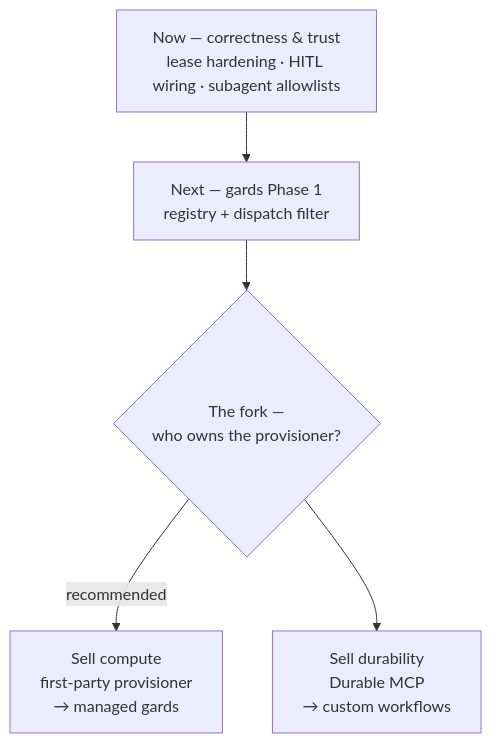
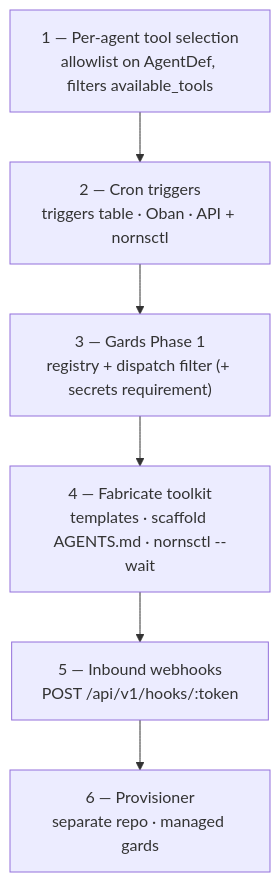
Before and after one commit to amackera/norns: the diagram in docs/roadmap.md, drawn with Mermaid. The commit also changed other lines of this file and 9 other files, not shown here.

First line of the commit message:
Adopt compose-first agent-builder direction in docs

````diff
--- a/docs/roadmap.md
+++ b/docs/roadmap.md
@@ -26,11 +44,10 @@
 ```mermaid
 flowchart TB
-    A["Now — correctness &amp; trust<br/>lease hardening · HITL wiring · subagent allowlists"]
-    B["Next — gards Phase 1<br/>registry + dispatch filter"]
-    F{"The fork —<br/>who owns the provisioner?"}
-    C["Sell compute<br/>first-party provisioner<br/>→ managed gards"]
-    D["Sell durability<br/>Durable MCP<br/>→ custom workflows"]
-    A --> B --> F
-    F -->|recommended| C
-    F --> D
+    A["1 — Per-agent tool selection<br/>allowlist on AgentDef, filters available_tools"]
+    B["2 — Cron triggers<br/>triggers table · Oban · API + nornsctl"]
+    C["3 — Gards Phase 1<br/>registry + dispatch filter (+ secrets requirement)"]
+    D["4 — Fabricate toolkit<br/>templates · scaffold AGENTS.md · nornsctl --wait"]
+    E["5 — Inbound webhooks<br/>POST /api/v1/hooks/:token"]
+    F["6 — Provisioner<br/>separate repo · managed gards"]
+    A --> B --> C --> D --> E --> F
 ```
````
